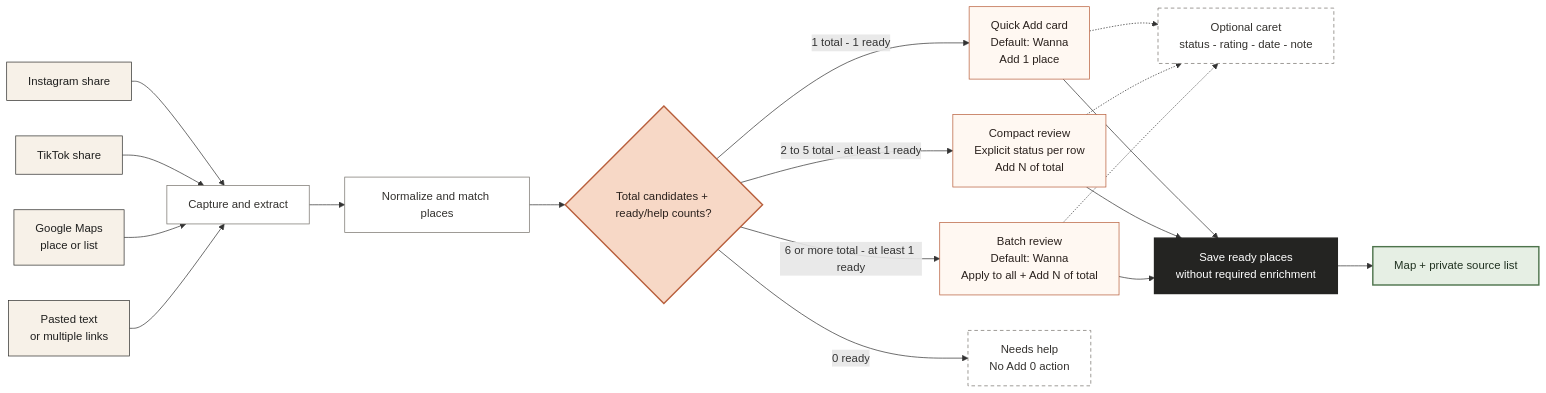
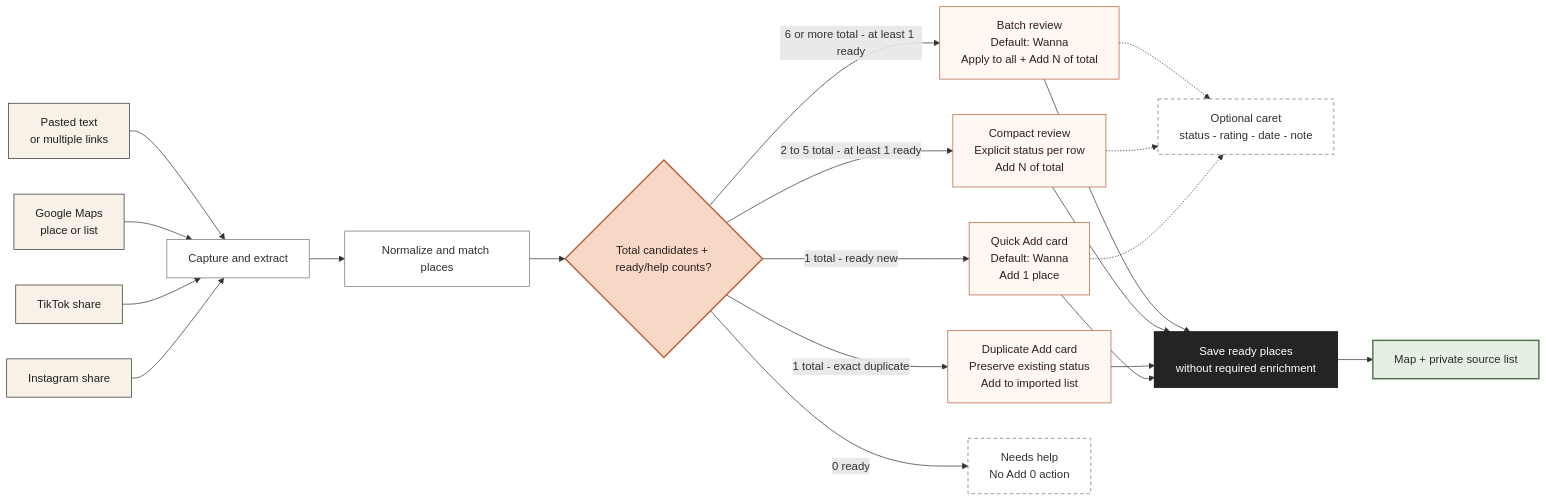
Before and after one commit to joelipshutz/wander: the diagram in diagrams/rec-212-adaptive-import-routing.mmd, drawn with Mermaid. The commit also changed 1 other file, not shown here.

```diff
--- a/diagrams/rec-212-adaptive-import-routing.mmd
+++ b/diagrams/rec-212-adaptive-import-routing.mmd
@@ -1,38 +1,40 @@
 graph LR
   IG["Instagram share"] --> CAPTURE
   TT["TikTok share"] --> CAPTURE
   GM["Google Maps<br/>place or list"] --> CAPTURE
   TEXT["Pasted text<br/>or multiple links"] --> CAPTURE
 
   CAPTURE["Capture and extract"] --> MATCH["Normalize and match places"]
   MATCH --> COUNT{"Total candidates + ready/help counts?"}
 
-  COUNT -->|"1 total - 1 ready"| QUICK["Quick Add card<br/>Default: Wanna<br/>Add 1 place"]
+  COUNT -->|"1 total - ready new"| QUICK["Quick Add card<br/>Default: Wanna<br/>Add 1 place"]
+  COUNT -->|"1 total - exact duplicate"| DUP["Duplicate Add card<br/>Preserve existing status<br/>Add to imported list"]
   COUNT -->|"2 to 5 total - at least 1 ready"| COMPACT["Compact review<br/>Explicit status per row<br/>Add N of total"]
   COUNT -->|"6 or more total - at least 1 ready"| BATCH["Batch review<br/>Default: Wanna<br/>Apply to all + Add N of total"]
   COUNT -->|"0 ready"| HELP["Needs help<br/>No Add 0 action"]
 
   QUICK -.-> DETAIL["Optional caret<br/>status - rating - date - note"]
   COMPACT -.-> DETAIL
   BATCH -.-> DETAIL
 
   QUICK --> SAVE["Save ready places<br/>without required enrichment"]
+  DUP --> SAVE
   COMPACT --> SAVE
   BATCH --> SAVE
   SAVE --> DEST["Map + private source list"]
 
   classDef source fill:#F7F1E8,stroke:#30302E,color:#1F1F1E,stroke-width:1px;
   classDef system fill:#FFFFFF,stroke:#77736D,color:#33312E,stroke-width:1px;
   classDef choice fill:#F7D8C6,stroke:#B85F3C,color:#2A211D,stroke-width:2px;
   classDef surface fill:#FFF8F2,stroke:#B85F3C,color:#2A211D,stroke-width:1px;
   classDef action fill:#242422,stroke:#242422,color:#FFFFFF,stroke-width:2px;
   classDef optional fill:#FFFFFF,stroke:#77736D,color:#33312E,stroke-width:1px,stroke-dasharray:5 4;
   classDef success fill:#E6EFE4,stroke:#4E744C,color:#203120,stroke-width:2px;
 
   class IG,TT,GM,TEXT source;
   class CAPTURE,MATCH system;
   class COUNT choice;
-  class QUICK,COMPACT,BATCH surface;
+  class QUICK,DUP,COMPACT,BATCH surface;
   class DETAIL,HELP optional;
   class SAVE action;
   class DEST success;
```
